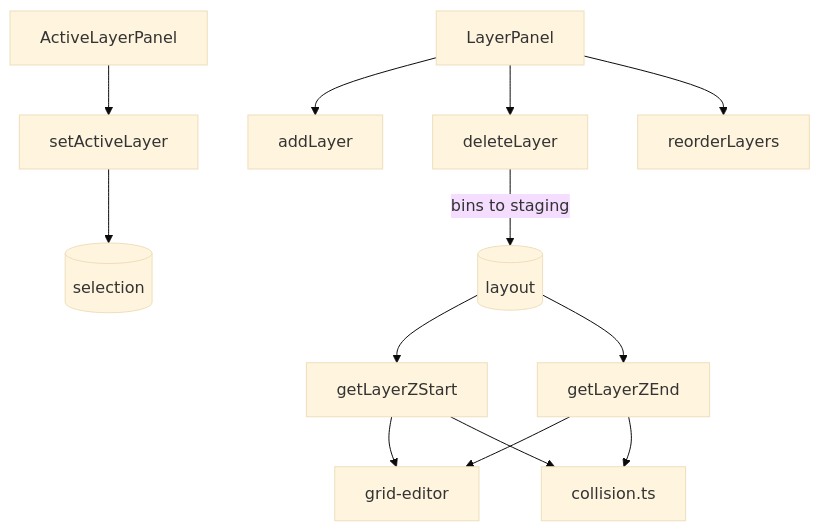
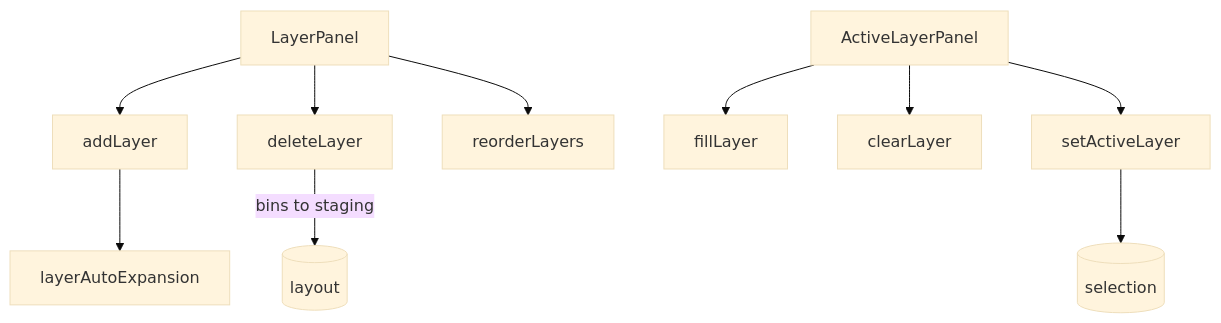
Before and after one commit to andymai/gridfinity-layout-tool: the diagram in src/features/layers/README.md, drawn with Mermaid (base theme). The commit also changed other lines of this file and 14 other files, not shown here.

````diff
--- a/src/features/layers/README.md
+++ b/src/features/layers/README.md
@@ -5,8 +5,8 @@
 ```mermaid
 graph TB
     LP[LayerPanel] --> AL[addLayer] & DL[deleteLayer] & RL[reorderLayers]
-    ALP[ActiveLayerPanel] --> SAL[setActiveLayer] --> SEL[(selection)]
-    LAY[(layout)] --> ZS[getLayerZStart] & ZE[getLayerZEnd]
-    ZS & ZE --> GE[grid-editor] & COL[collision.ts]
-    DL -->|bins to staging| LAY
+    ALP[ActiveLayerPanel] --> FL[fillLayer] & CLR[clearLayer] & SAL[setActiveLayer]
+    SAL --> SEL[(selection)]
+    DL -->|bins to staging| LAY[(layout)]
+    AL --> AE[layerAutoExpansion]
 ```
````
